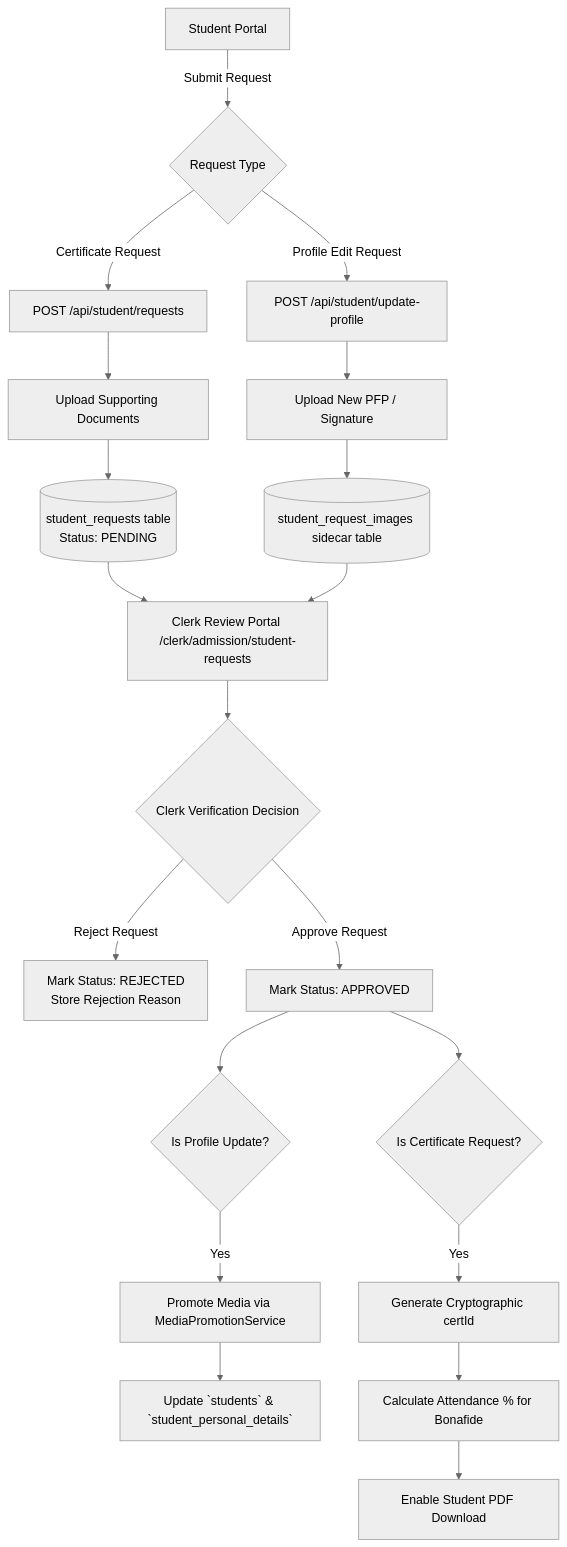
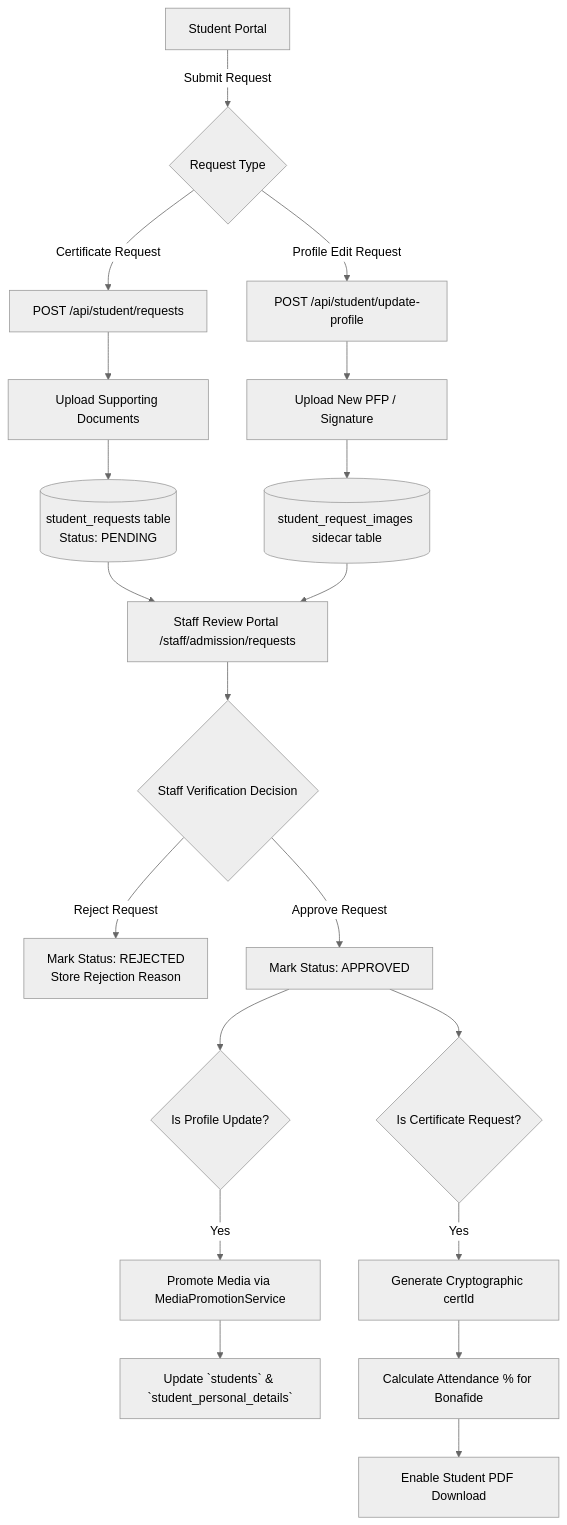
Before and after one commit to GouthamA15/KUCET_College_Management_System: the first of 2 diagrams in DOCUMENTATION/features/requests.md, drawn with Mermaid (neutral theme). The commit also changed other lines of this file and 21 other files, not shown here.

````diff
--- a/DOCUMENTATION/features/requests.md
+++ b/DOCUMENTATION/features/requests.md
@@ -9,29 +9,29 @@
 ```mermaid
 flowchart TD
     A[Student Portal] -->|Submit Request| B{Request Type}
     
     B -->|Certificate Request| C[POST /api/student/requests]
     B -->|Profile Edit Request| D[POST /api/student/update-profile]
     
     C --> E[Upload Supporting Documents]
     D --> F[Upload New PFP / Signature]
     
     E --> G[(student_requests table\nStatus: PENDING)]
     F --> H[(student_request_images sidecar table)]
     
-    G --> I[Clerk Review Portal /clerk/admission/student-requests]
+    G --> I[Staff Review Portal /staff/admission/requests]
     H --> I
     
-    I --> J{Clerk Verification Decision}
+    I --> J{Staff Verification Decision}
     J -->|Reject Request| K[Mark Status: REJECTED\nStore Rejection Reason]
     J -->|Approve Request| L[Mark Status: APPROVED]
     
     L --> M{Is Profile Update?}
     M -->|Yes| N[Promote Media via MediaPromotionService]
     N --> O[Update `students` & `student_personal_details`]
     
     L --> P{Is Certificate Request?}
     P -->|Yes| Q[Generate Cryptographic certId]
     Q --> R[Calculate Attendance % for Bonafide]
     R --> S[Enable Student PDF Download]
 ```
````
